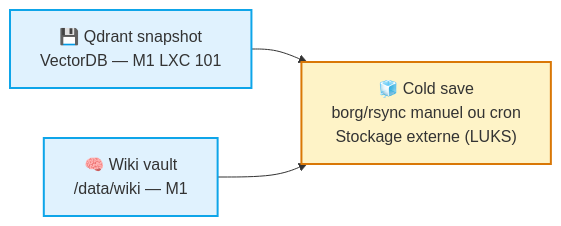
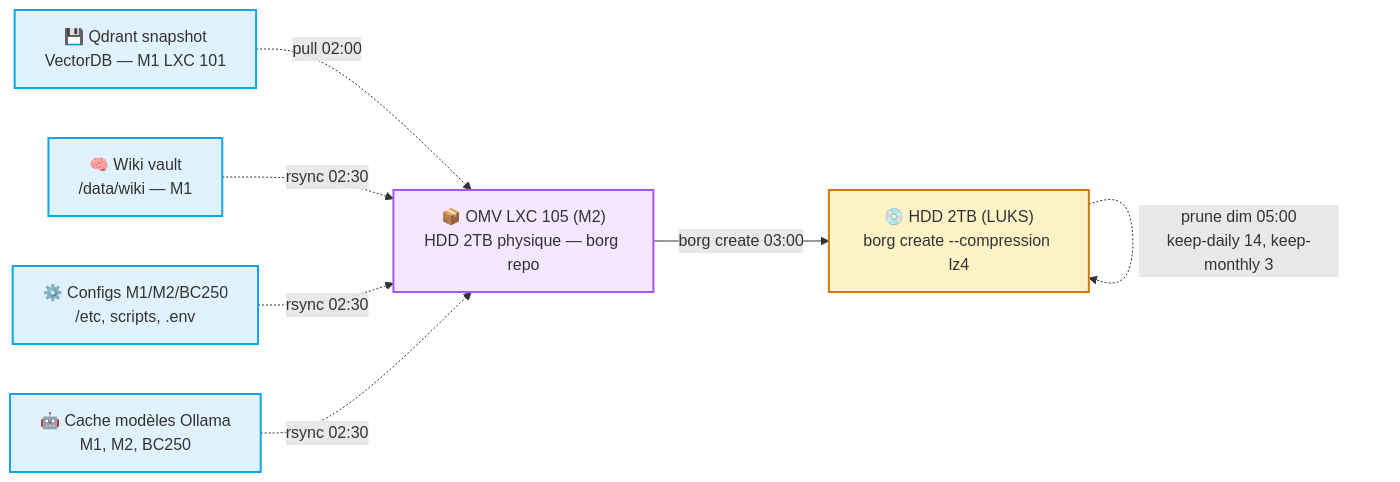
One commit to chelmooz/rag-multi-agent-cluster changed the fourth of 6 diagrams in README.md. Above: the diagram before and after it, drawn with Mermaid. The commit also changed other lines of this file and 6 other files, not shown here.

Commit message:
docs: backup OMV restauré M2 LXC 105 (HDD 2TB) + diagrams & backlog à jour, nginx retiré (pfSense reverse proxy)

````diff
--- a/README.md
+++ b/README.md
@@ -207,16 +212,21 @@
 ```mermaid
 flowchart LR
     classDef prod fill:#e0f2fe,stroke:#0ea5e9,stroke-width:2px
+    classDef omv fill:#f3e8ff,stroke:#a855f7,stroke-width:2px
     classDef cold fill:#fef3c7,stroke:#d97706,stroke-width:2px
 
     Qdrant["💾 Qdrant snapshot<br/>VectorDB — M1 LXC 101"]:::prod
     Wiki["🧠 Wiki vault<br/>/data/wiki — M1"]:::prod
-    Cold["🧊 Cold save<br/>borg/rsync manuel ou cron<br/>Stockage externe (LUKS)"]:::cold
+    Configs["⚙️ Configs M1/M2/BC250<br/>/etc, scripts, .env"]:::prod
+    Models["🤖 Cache modèles Ollama<br/>M1, M2, BC250"]:::prod
 
-    Qdrant --> Cold
-    Wiki --> Cold
+    OMV["📦 OMV LXC 105 (M2)<br/>HDD 2TB physique — borg repo"]:::omv
+    HDD["💿 HDD 2TB (LUKS)<br/>borg create --compression lz4"]:::cold
 
-    %% OS, LXC, modèles = reproductibles depuis ce repo (scripts d'install + ollama pull) : non sauvegardés.
-    %% Seules les données non reproductibles (index Qdrant + wiki généré) sont sauvegardées.
-    %% Pas de tier "backup live" dédié (OMV/LXC 105) : cold save déclenché directement depuis M1.
+    Qdrant -.->|pull 02:00| OMV
+    Wiki -.->|rsync 02:30| OMV
+    Configs -.->|rsync 02:30| OMV
+    Models -.->|rsync 02:30| OMV
+    OMV -->|borg create 03:00| HDD
+    HDD -.->|prune dim 05:00<br/>keep-daily 14, keep-monthly 3| HDD
 ```
````
